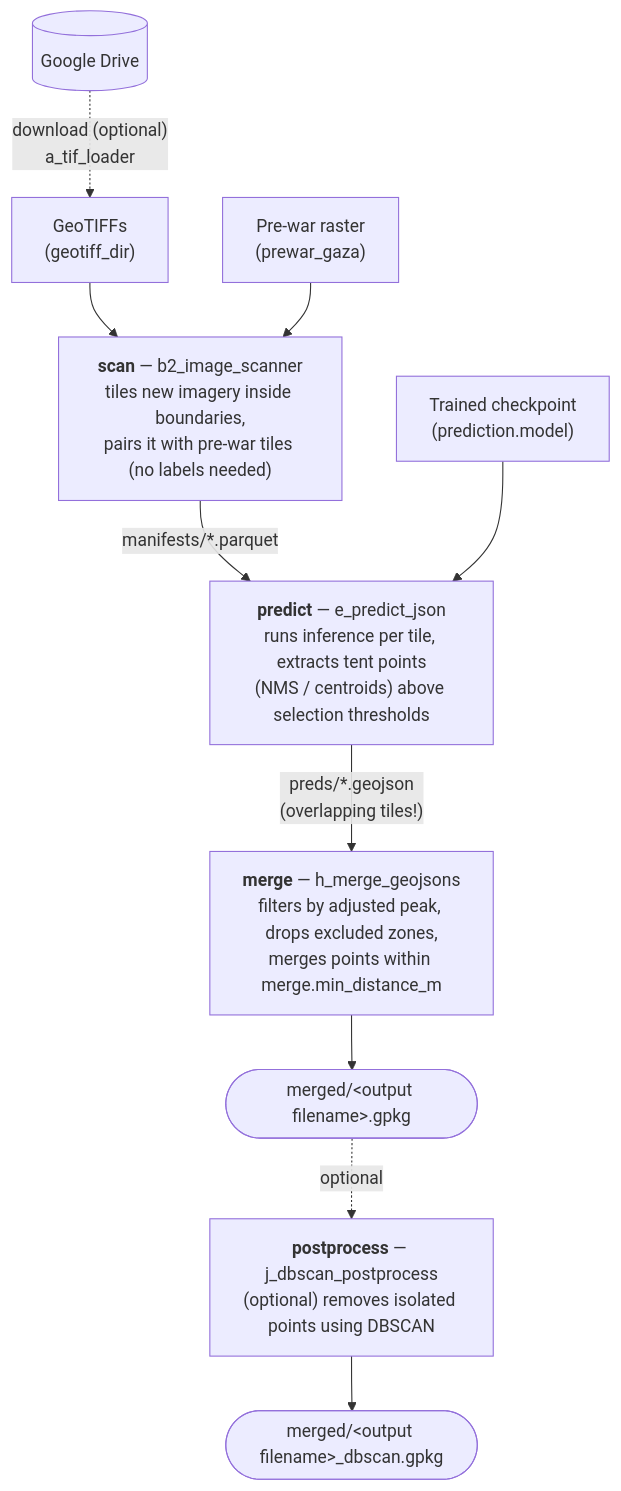
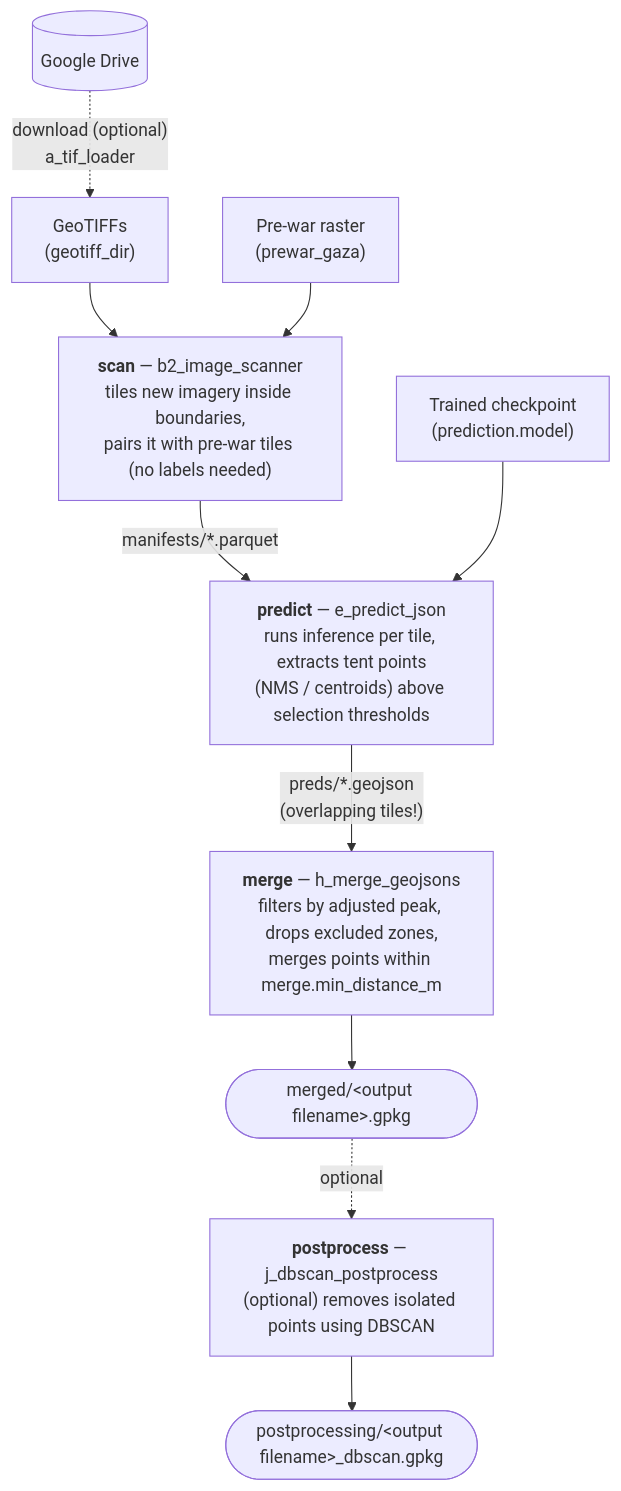
One commit to realgoodresearch/TentNetFA changed the second of 2 diagrams in README.md. Above: the diagram before and after it, drawn with Mermaid. The commit also changed other lines of this file and 6 other files, not shown here.

````diff
--- a/README.md
+++ b/README.md
@@ -110,22 +110,22 @@
 ```mermaid
 flowchart TB
     drive[("Google Drive")]
     tifs["GeoTIFFs<br/>(geotiff_dir)"]
     prewar["Pre-war raster<br/>(prewar_gaza)"]
     ckpt["Trained checkpoint<br/>(prediction.model)"]
     scan["<b>scan</b> — b2_image_scanner<br/>tiles new imagery inside boundaries,<br/>pairs it with pre-war tiles (no labels needed)"]
     predict["<b>predict</b> — e_predict_json<br/>runs inference per tile, extracts tent points<br/>(NMS / centroids) above selection thresholds"]
     merge["<b>merge</b> — h_merge_geojsons<br/>filters by adjusted peak, drops excluded zones,<br/>merges points within merge.min_distance_m"]
     out(["merged/&lt;output filename&gt;.gpkg"])
     dbscan["<b>postprocess</b> — j_dbscan_postprocess<br/>(optional) removes isolated points using DBSCAN"]
-    cleaned(["merged/&lt;output filename&gt;_dbscan.gpkg"])
+    cleaned(["postprocessing/&lt;output filename&gt;_dbscan.gpkg"])
 
     drive -. "download (optional)<br/>a_tif_loader" .-> tifs
     tifs --> scan
     prewar --> scan
     scan -- "manifests/*.parquet" --> predict
     ckpt --> predict
     predict -- "preds/*.geojson<br/>(overlapping tiles!)" --> merge
     merge --> out
     out -. "optional" .-> dbscan --> cleaned
 ```
````
